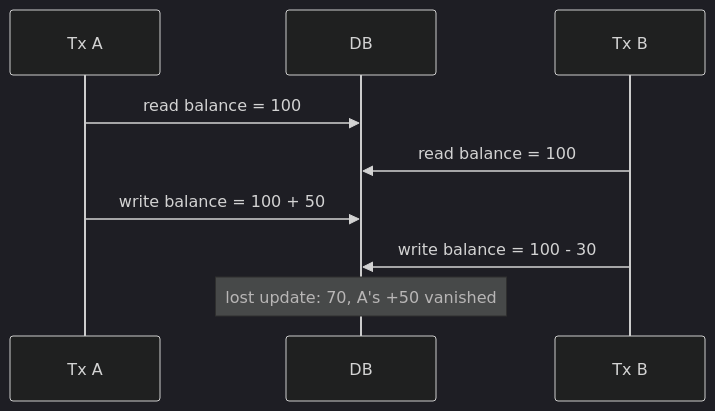
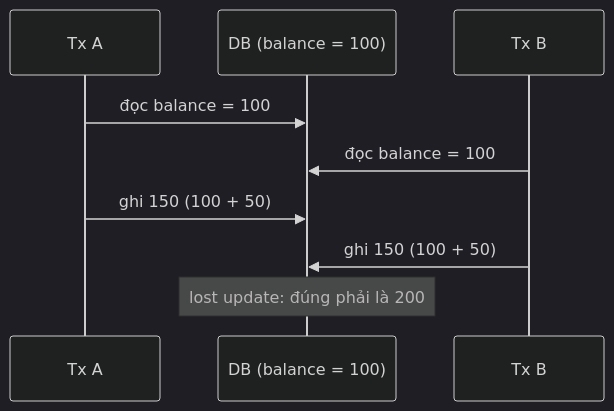
The diagram in src/assets/knowledge/playbooks/backend/db-transactions-isolation.md (passion-Infinity/personal-tech-playbook), drawn with Mermaid (dark theme) before and after one commit. The commit also changed other lines of this file and 6 other files, not shown here.

````diff
--- a/src/assets/knowledge/playbooks/backend/db-transactions-isolation.md
+++ b/src/assets/knowledge/playbooks/backend/db-transactions-isolation.md
@@ -23,11 +36,11 @@
 ```mermaid
 sequenceDiagram
     participant A as Tx A
-    participant D as DB
+    participant D as DB (balance = 100)
     participant B as Tx B
-    A->>D: read balance = 100
-    B->>D: read balance = 100
-    A->>D: write balance = 100 + 50
-    B->>D: write balance = 100 - 30
-    Note over D: lost update: 70, A's +50 vanished
+    A->>D: đọc balance = 100
+    B->>D: đọc balance = 100
+    A->>D: ghi 150 (100 + 50)
+    B->>D: ghi 150 (100 + 50)
+    Note over D: lost update: đúng phải là 200
 ```
````
